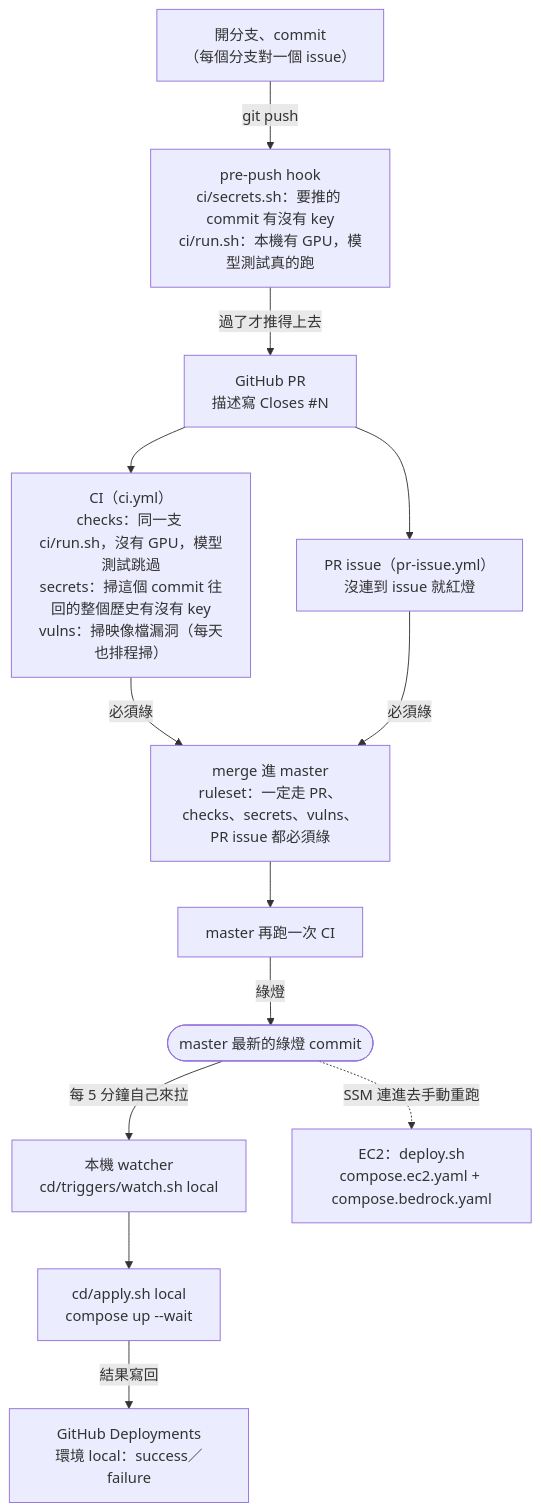
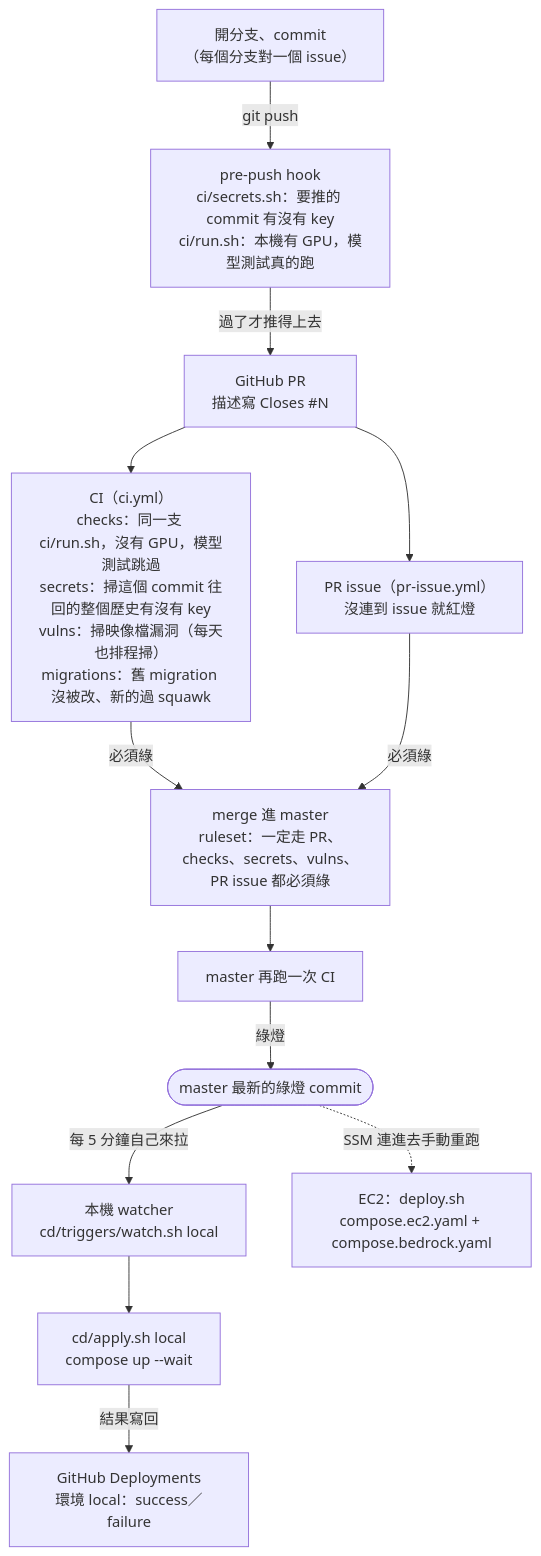
Before and after one commit to Anderson-chen/talkcal: the fifth of 5 diagrams in docs/architecture.md, drawn with Mermaid. The commit also changed other lines of this file and 5 other files, not shown here.

First line of the commit message:
ci(migrations): 新增的 migration 有危險的 DDL、或改到跑過的 migration，PR 上就紅燈 (#133)

````diff
--- a/docs/architecture.md
+++ b/docs/architecture.md
@@ -94,15 +94,15 @@
 ```mermaid
 flowchart TB
     dev["開分支、commit<br/>（每個分支對一個 issue）"] -->|"git push"| hook["pre-push hook<br/>ci/secrets.sh：要推的 commit 有沒有 key<br/>ci/run.sh：本機有 GPU，模型測試真的跑"]
     hook -->|"過了才推得上去"| pr["GitHub PR<br/>描述寫 Closes #N"]
-    pr --> ci["CI（ci.yml）<br/>checks：同一支 ci/run.sh，沒有 GPU，模型測試跳過<br/>secrets：掃這個 commit 往回的整個歷史有沒有 key<br/>vulns：掃映像檔漏洞（每天也排程掃）"]
+    pr --> ci["CI（ci.yml）<br/>checks：同一支 ci/run.sh，沒有 GPU，模型測試跳過<br/>secrets：掃這個 commit 往回的整個歷史有沒有 key<br/>vulns：掃映像檔漏洞（每天也排程掃）<br/>migrations：舊 migration 沒被改、新的過 squawk"]
     pr --> prissue["PR issue（pr-issue.yml）<br/>沒連到 issue 就紅燈"]
     ci -->|"必須綠"| merge["merge 進 master<br/>ruleset：一定走 PR、checks、secrets、vulns、PR issue 都必須綠"]
     prissue -->|"必須綠"| merge
     merge --> masterci["master 再跑一次 CI"]
     masterci -->|"綠燈"| green(["master 最新的綠燈 commit"])
     green -->|"每 5 分鐘自己來拉"| watch["本機 watcher<br/>cd/triggers/watch.sh local"]
     watch --> applyl["cd/apply.sh local<br/>compose up --wait"]
     applyl -->|"結果寫回"| deployments["GitHub Deployments<br/>環境 local：success／failure"]
     green -.->|"SSM 連進去手動重跑"| ec2["EC2：deploy.sh<br/>compose.ec2.yaml + compose.bedrock.yaml"]
 ```
````
